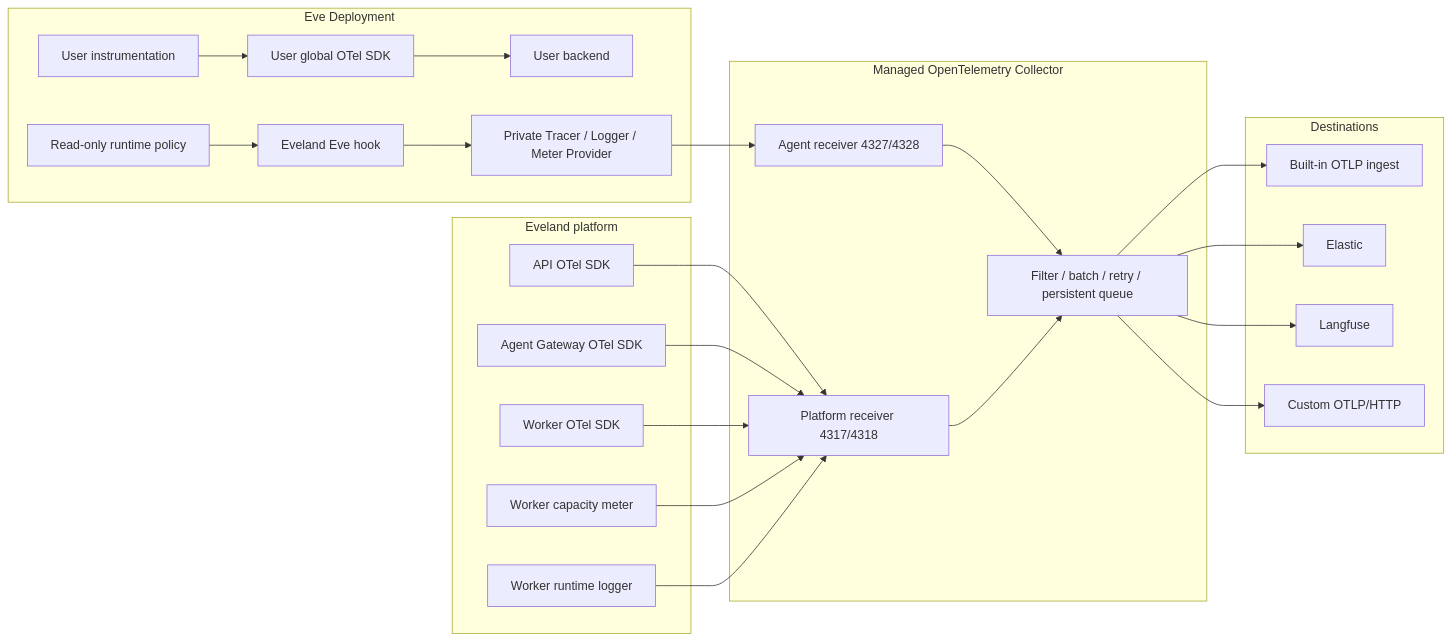
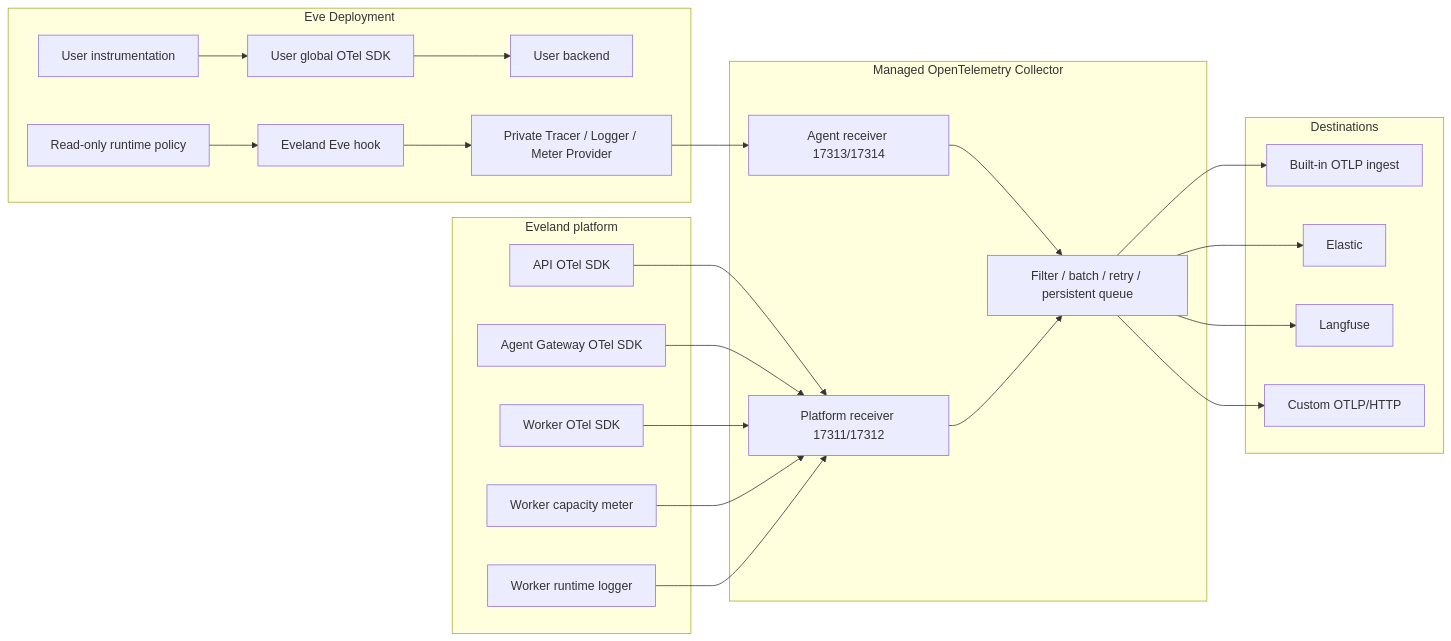
Before and after one commit to evelandhq/eveland: the diagram in docs/en/reference/observability.md, drawn with Mermaid. The commit also changed other lines of this file and 70 other files, not shown here.

````diff
--- a/docs/en/reference/observability.md
+++ b/docs/en/reference/observability.md
@@ -41,47 +41,47 @@
 ```mermaid
 flowchart LR
     subgraph Agent["Eve Deployment"]
       USER["User instrumentation"]
       USERSDK["User global OTel SDK"]
       USERBACKEND["User backend"]
       HOOK["Eveland Eve hook"]
       PRIVATE["Private Tracer / Logger / Meter Provider"]
       POLICY["Read-only runtime policy"]
       USER --> USERSDK --> USERBACKEND
       POLICY --> HOOK --> PRIVATE
     end
 
     subgraph Platform["Eveland platform"]
       API["API OTel SDK"]
       GW["Agent Gateway OTel SDK"]
       WORKER["Worker OTel SDK"]
       HOST["Worker capacity meter"]
       RUNTIME["Worker runtime logger"]
     end
 
     subgraph Collection["Managed OpenTelemetry Collector"]
-      AGENTRX["Agent receiver 4327/4328"]
-      PLATFORMRX["Platform receiver 4317/4318"]
+      AGENTRX["Agent receiver 17313/17314"]
+      PLATFORMRX["Platform receiver 17311/17312"]
       ROUTING["Filter / batch / retry / persistent queue"]
     end
 
     subgraph Destinations["Destinations"]
       BUILTIN["Built-in OTLP ingest"]
       ELASTIC["Elastic"]
       LANGFUSE["Langfuse"]
       CUSTOM["Custom OTLP/HTTP"]
     end
 
     PRIVATE --> AGENTRX
     API --> PLATFORMRX
     GW --> PLATFORMRX
     WORKER --> PLATFORMRX
     HOST --> PLATFORMRX
     RUNTIME --> PLATFORMRX
     AGENTRX --> ROUTING
     PLATFORMRX --> ROUTING
     ROUTING --> BUILTIN
     ROUTING --> ELASTIC
     ROUTING --> LANGFUSE
     ROUTING --> CUSTOM
 ```
````
